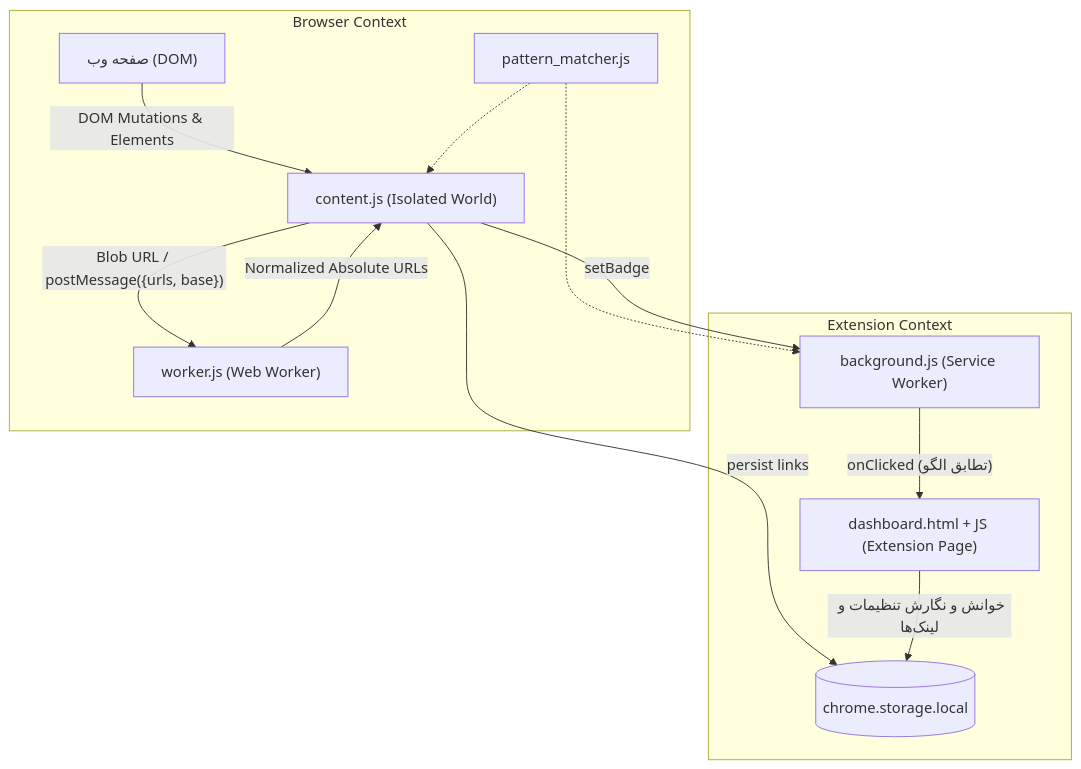
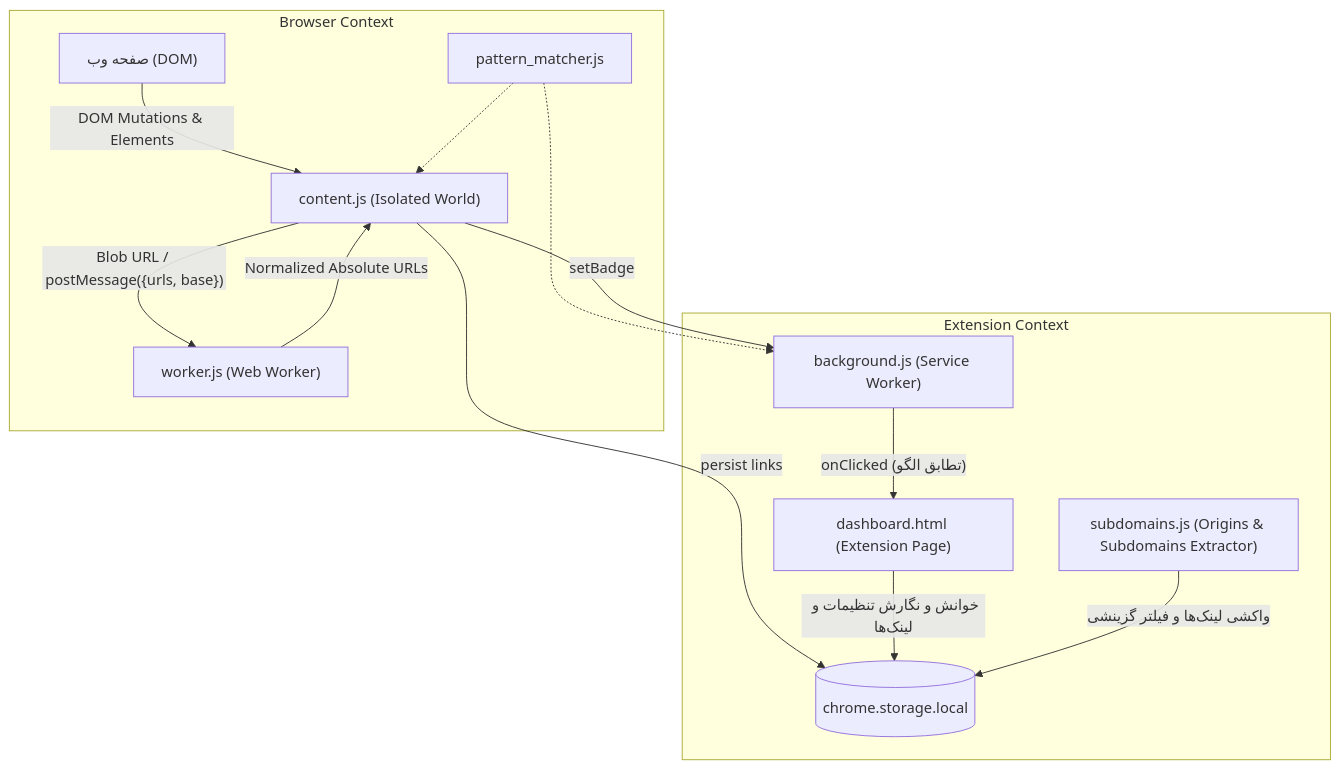
One commit to alimehridev/Automatic-Link-Extractor-Chrome-extension changed the first of 2 diagrams in PROJECT_DOCUMENTATION.md. Above: the diagram before and after it, drawn with Mermaid. The commit also changed other lines of this file and 5 other files, not shown here.

First line of the commit message:
feat: add origins and subdomains extractor with optional TLD+1 filter and live refetch

````diff
--- a/PROJECT_DOCUMENTATION.md
+++ b/PROJECT_DOCUMENTATION.md
@@ -41,25 +44,27 @@
 ```mermaid
 flowchart TD
     subgraph Browser Context
         Page["صفحه وب (DOM)"]
         PM["pattern_matcher.js"]
         CS["content.js (Isolated World)"]
         WW["worker.js (Web Worker)"]
     end
 
     subgraph Extension Context
         SW["background.js (Service Worker)"]
-        DB["dashboard.html + JS (Extension Page)"]
+        DB["dashboard.html (Extension Page)"]
+        SUB["subdomains.js (Origins & Subdomains Extractor)"]
         Storage[("chrome.storage.local")]
     end
 
     Page -- "DOM Mutations & Elements" --> CS
     PM -.-> CS
     PM -.-> SW
     CS -- "Blob URL / postMessage({urls, base})" --> WW
     WW -- "Normalized Absolute URLs" --> CS
     CS -- "setBadge" --> SW
     CS -- "persist links" --> Storage
     SW -- "onClicked (تطابق الگو)" --> DB
     DB -- "خوانش و نگارش تنظیمات و لینک‌ها" --> Storage
+    SUB -- "واکشی لینک‌ها و فیلتر گزینشی" --> Storage
 ```
````
